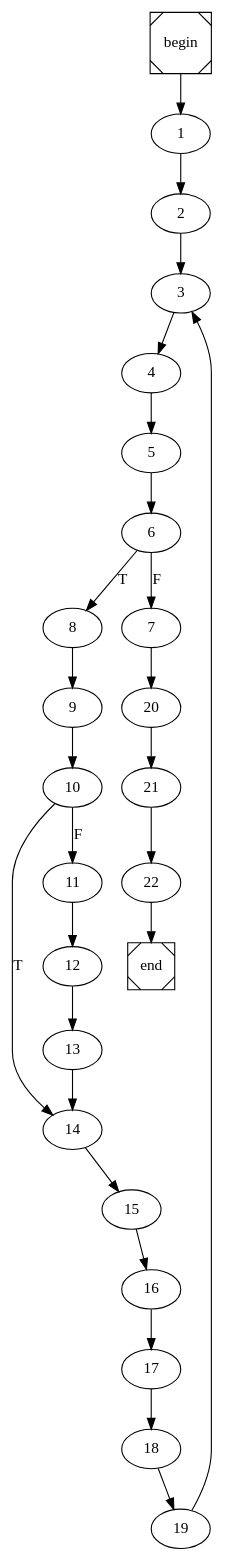
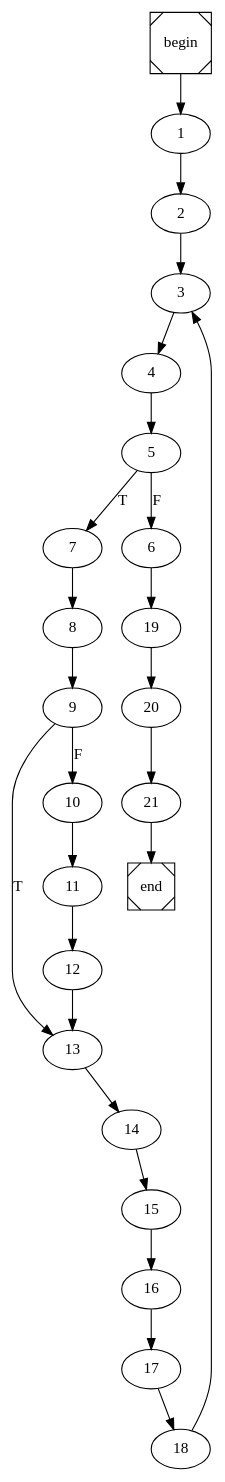
Before and after one commit to pedrojfs17/FEUP-COMP: the diagram in printField.dot, drawn with Graphviz. The commit also changed 11 other files, not shown here.

```diff
--- a/printField.dot
+++ b/printField.dot
@@ -1,4 +1,4 @@
 digraph cfg {
 	begin [shape=Msquare];
 	end [shape=Msquare];
-	begin -> 1;	1 -> 2;	2 -> 3;	3 -> 4;	4 -> 5;	5 -> 6;	6 -> 8[label=T];	6 -> 7[label=F];	7 -> 20;	8 -> 9;	9 -> 10;	10 -> 14[label=T];	10 -> 11[label=F];	11 -> 12;	12 -> 13;	13 -> 14;	14 -> 15;	15 -> 16;	16 -> 17;	17 -> 18;	18 -> 19;	19 -> 3;	20 -> 21;	21 -> 22;	22 -> end;}
+	begin -> 1;	1 -> 2;	2 -> 3;	3 -> 4;	4 -> 5;	5 -> 7[label=T];	5 -> 6[label=F];	6 -> 19;	7 -> 8;	8 -> 9;	9 -> 13[label=T];	9 -> 10[label=F];	10 -> 11;	11 -> 12;	12 -> 13;	13 -> 14;	14 -> 15;	15 -> 16;	16 -> 17;	17 -> 18;	18 -> 3;	19 -> 20;	20 -> 21;	21 -> end;}
```
